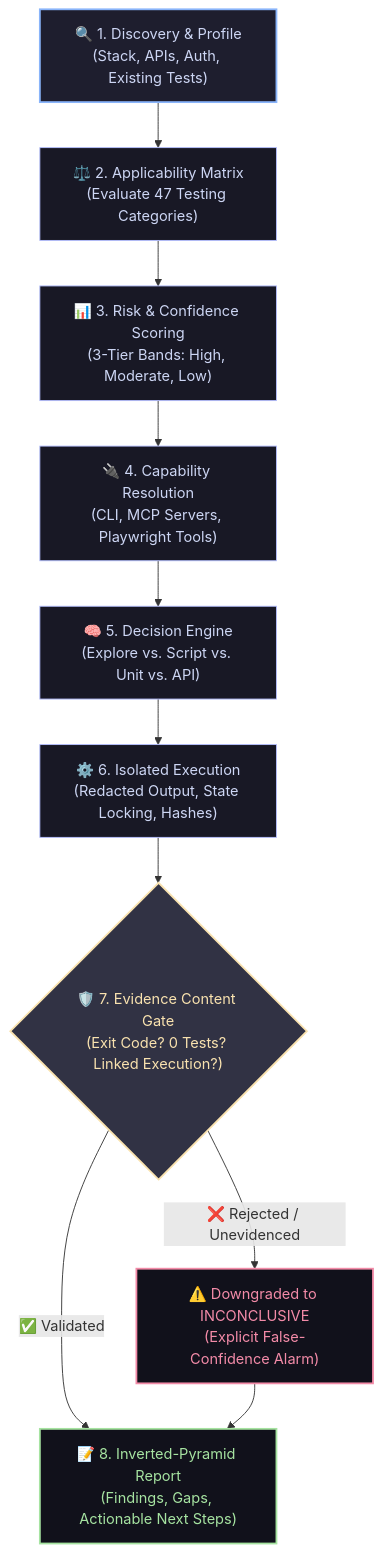
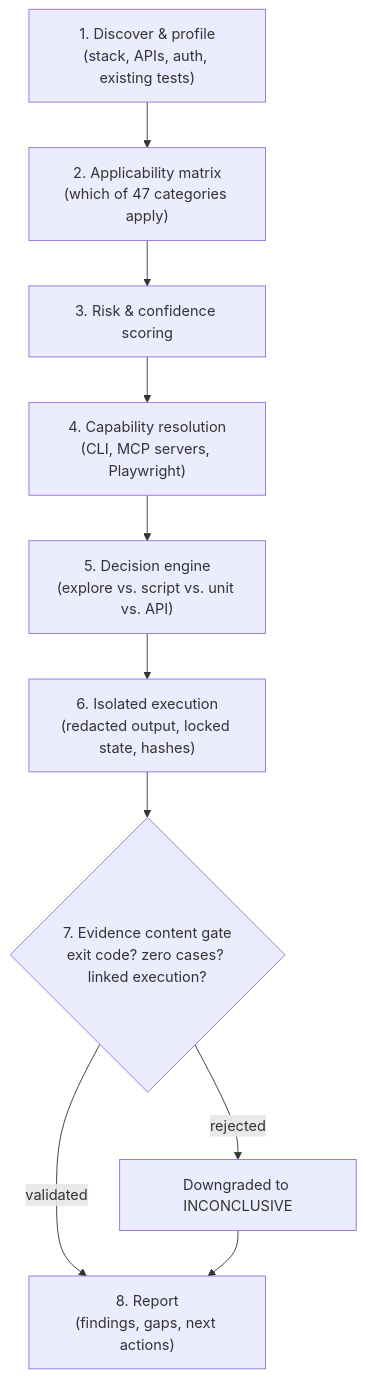
One commit to Purushotham-Prajapati-24/qa-skills changed the diagram in README.md. Above: the diagram before and after it, drawn with Mermaid. The commit also changed other lines of this file, not shown here.

````diff
--- a/README.md
+++ b/README.md
@@ -88,18 +66,12 @@
 ```mermaid
 flowchart TD
-    classDef startEnd fill:#1e1e2e,stroke:#89b4fa,stroke-width:2px,color:#cdd6f4;
-    classDef process fill:#181825,stroke:#b4befe,stroke-width:1px,color:#cdd6f4;
-    classDef decision fill:#313244,stroke:#f9e2af,stroke-width:2px,color:#f9e2af;
-    classDef success fill:#11111b,stroke:#a6e3a1,stroke-width:2px,color:#a6e3a1;
-    classDef danger fill:#11111b,stroke:#f38ba8,stroke-width:2px,color:#f38ba8;
-
-    A["🔍 1. Discovery & Profile\n(Stack, APIs, Auth, Existing Tests)"]:::startEnd --> B["⚖️ 2. Applicability Matrix\n(Evaluate 47 Testing Categories)"]:::process
-    B --> C["📊 3. Risk & Confidence Scoring\n(3-Tier Bands: High, Moderate, Low)"]:::process
-    C --> D["🔌 4. Capability Resolution\n(CLI, MCP Servers, Playwright Tools)"]:::process
-    D --> E["🧠 5. Decision Engine\n(Explore vs. Script vs. Unit vs. API)"]:::process
-    E --> F["⚙️ 6. Isolated Execution\n(Redacted Output, State Locking, Hashes)"]:::process
-    F --> G{"🛡️ 7. Evidence Content Gate\n(Exit Code? 0 Tests? Linked Execution?)"}:::decision
-    G -->|"✅ Validated"| H["📝 8. Inverted-Pyramid Report\n(Findings, Gaps, Actionable Next Steps)"]:::success
-    G -->|"❌ Rejected / Unevidenced"| I["⚠️ Downgraded to INCONCLUSIVE\n(Explicit False-Confidence Alarm)"]:::danger
+    A["1. Discover & profile\n(stack, APIs, auth, existing tests)"] --> B["2. Applicability matrix\n(which of 47 categories apply)"]
+    B --> C["3. Risk & confidence scoring"]
+    C --> D["4. Capability resolution\n(CLI, MCP servers, Playwright)"]
+    D --> E["5. Decision engine\n(explore vs. script vs. unit vs. API)"]
+    E --> F["6. Isolated execution\n(redacted output, locked state, hashes)"]
+    F --> G{"7. Evidence content gate\nexit code? zero cases? linked execution?"}
+    G -->|validated| H["8. Report\n(findings, gaps, next actions)"]
+    G -->|rejected| I["Downgraded to INCONCLUSIVE"]
     I --> H
 ```
````
